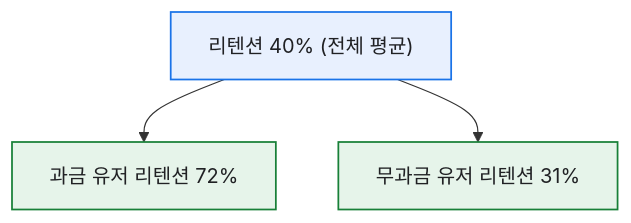
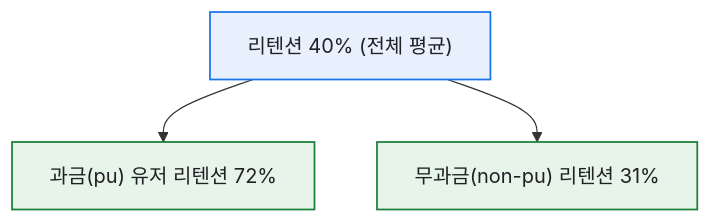
Before and after one commit to DBhyeong/DBhyeong.github.io: the first of 3 diagrams in content/blog/paying-flag-segmentation.md, drawn with Mermaid. The commit also changed other lines of this file and 9 other files, not shown here.

````diff
--- a/content/blog/paying-flag-segmentation.md
+++ b/content/blog/paying-flag-segmentation.md
@@ -19,8 +19,8 @@
 ```mermaid
 flowchart TB
   classDef b fill:#e8f0fe,stroke:#1a73e8,stroke-width:1.4px,color:#202124
   classDef g fill:#e6f4ea,stroke:#188038,stroke-width:1.4px,color:#202124
   ALL["리텐션 40% (전체 평균)"]:::b
-  ALL --> PAY["과금 유저 리텐션 72%"]:::g
-  ALL --> FREE["무과금 유저 리텐션 31%"]:::g
+  ALL --> PAY["과금(pu) 유저 리텐션 72%"]:::g
+  ALL --> FREE["무과금(non-pu) 리텐션 31%"]:::g
 ```
````
